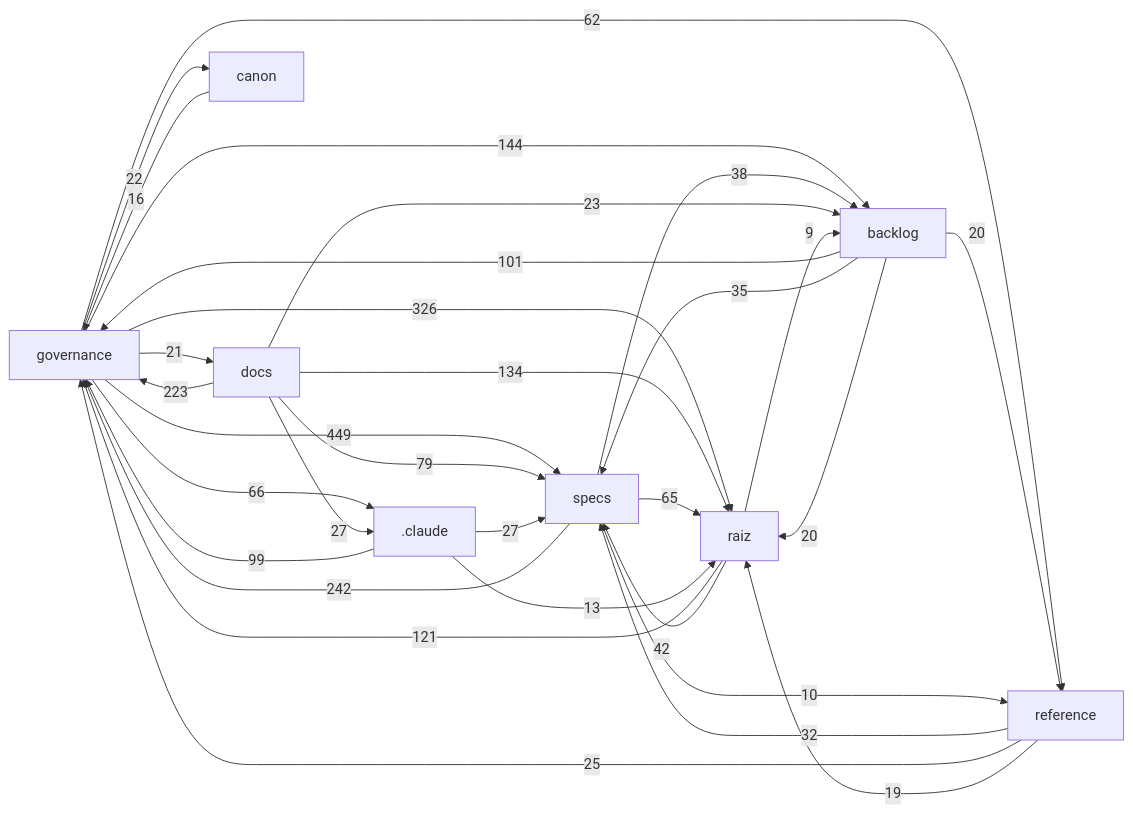
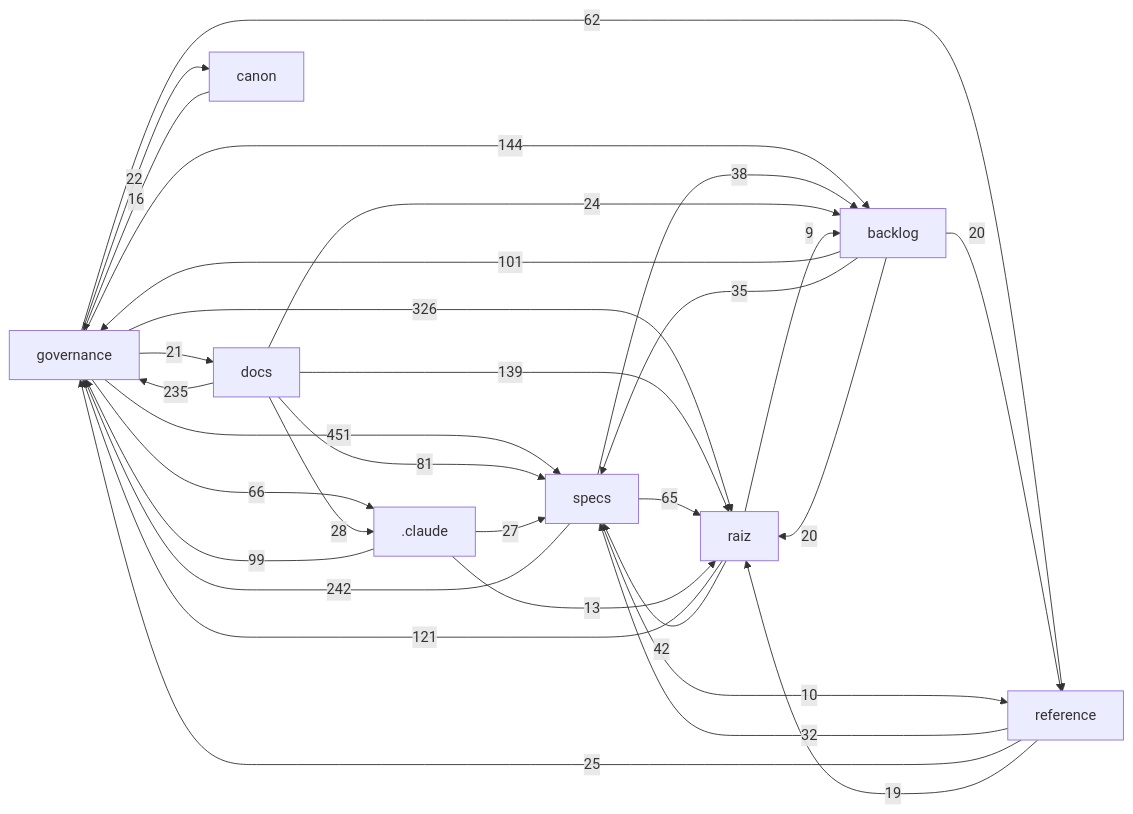
One commit to Andraus35/Sistema-Operacional-de-Trading--SOT changed the diagram in docs/mapa/MAPA-PROJETO.md. Above: the diagram before and after it, drawn with Mermaid. The commit also changed other lines of this file and 4 other files, not shown here.

````diff
--- a/docs/mapa/MAPA-PROJETO.md
+++ b/docs/mapa/MAPA-PROJETO.md
@@ -29,33 +29,33 @@
 ```mermaid
 flowchart LR
-  governance["governance"] -->|449| specs["specs"]
+  governance["governance"] -->|451| specs["specs"]
   governance["governance"] -->|326| raiz["raiz"]
   specs["specs"] -->|242| governance["governance"]
-  docs["docs"] -->|223| governance["governance"]
+  docs["docs"] -->|235| governance["governance"]
   governance["governance"] -->|144| backlog["backlog"]
-  docs["docs"] -->|134| raiz["raiz"]
+  docs["docs"] -->|139| raiz["raiz"]
   raiz["raiz"] -->|121| governance["governance"]
   backlog["backlog"] -->|101| governance["governance"]
   _claude[".claude"] -->|99| governance["governance"]
-  docs["docs"] -->|79| specs["specs"]
+  docs["docs"] -->|81| specs["specs"]
   governance["governance"] -->|66| _claude[".claude"]
   specs["specs"] -->|65| raiz["raiz"]
   governance["governance"] -->|62| reference["reference"]
   raiz["raiz"] -->|42| specs["specs"]
   specs["specs"] -->|38| backlog["backlog"]
   backlog["backlog"] -->|35| specs["specs"]
   reference["reference"] -->|32| specs["specs"]
+  docs["docs"] -->|28| _claude[".claude"]
   _claude[".claude"] -->|27| specs["specs"]
-  docs["docs"] -->|27| _claude[".claude"]
   reference["reference"] -->|25| governance["governance"]
-  docs["docs"] -->|23| backlog["backlog"]
+  docs["docs"] -->|24| backlog["backlog"]
   governance["governance"] -->|22| canon["canon"]
   governance["governance"] -->|21| docs["docs"]
   backlog["backlog"] -->|20| raiz["raiz"]
   backlog["backlog"] -->|20| reference["reference"]
   reference["reference"] -->|19| raiz["raiz"]
   canon["canon"] -->|16| governance["governance"]
   _claude[".claude"] -->|13| raiz["raiz"]
   specs["specs"] -->|10| reference["reference"]
   raiz["raiz"] -->|9| backlog["backlog"]
 ```
````
